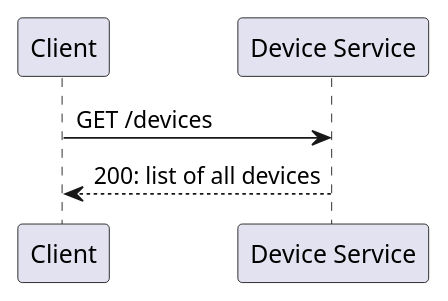
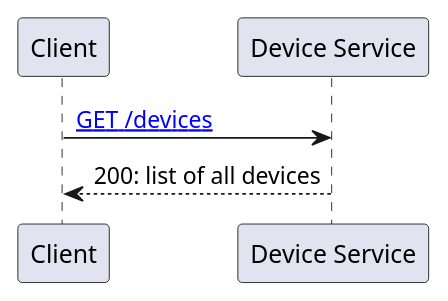
Before and after one commit to Cross-Lab-Project/crosslab: the diagram in diagrams/devices/get_devices.puml, drawn with PlantUML. The commit also changed 34 other files, not shown here.

Commit message:
added markdown architecture description

```diff
--- a/diagrams/devices/get_devices.puml
+++ b/diagrams/devices/get_devices.puml
@@ -1,4 +1,4 @@
 @startuml GetDevices
-Client -> "Device Service": GET /devices
+Client -> "Device Service": [[https://jonau.github.io/crosslab-test/api/device.html#get-/devices GET /devices]]
 Client <-- "Device Service": 200: list of all devices
 @enduml
```
